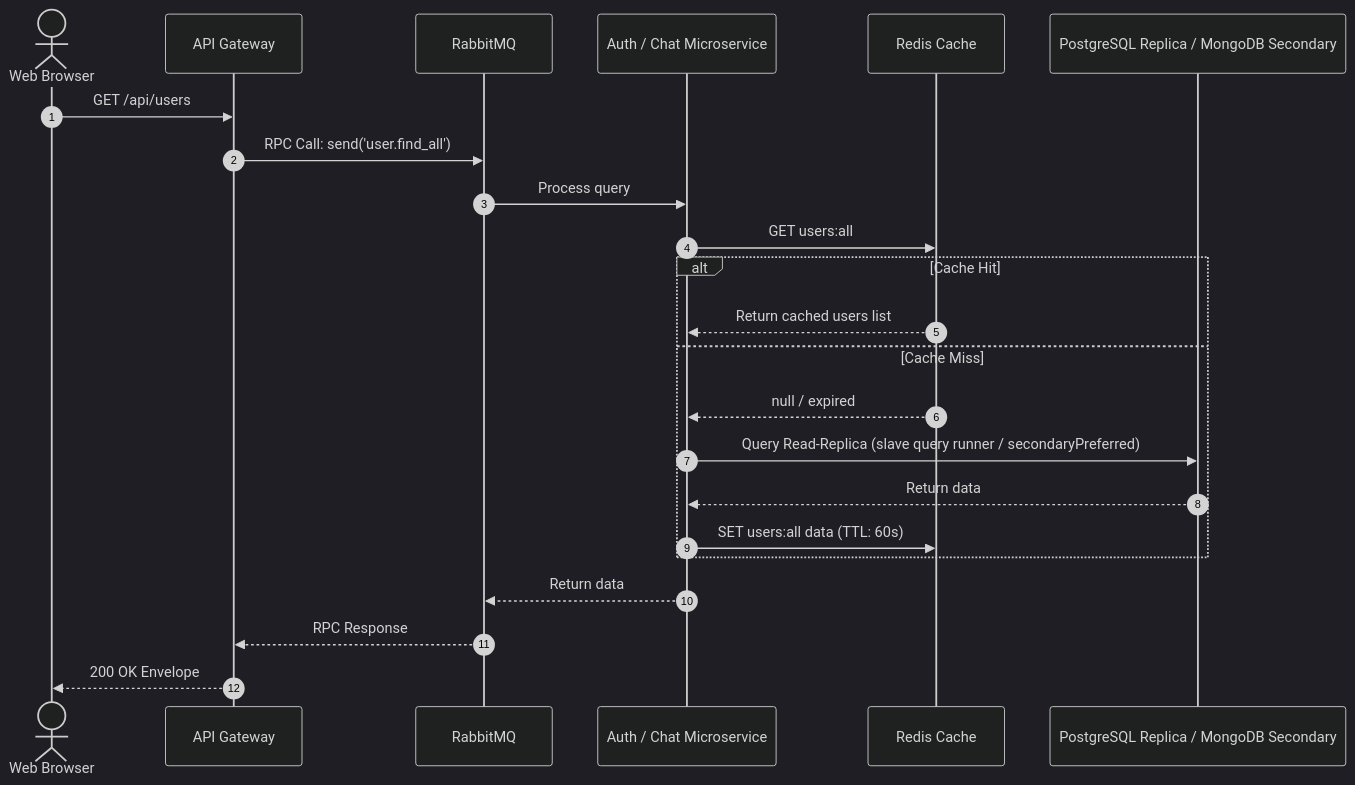
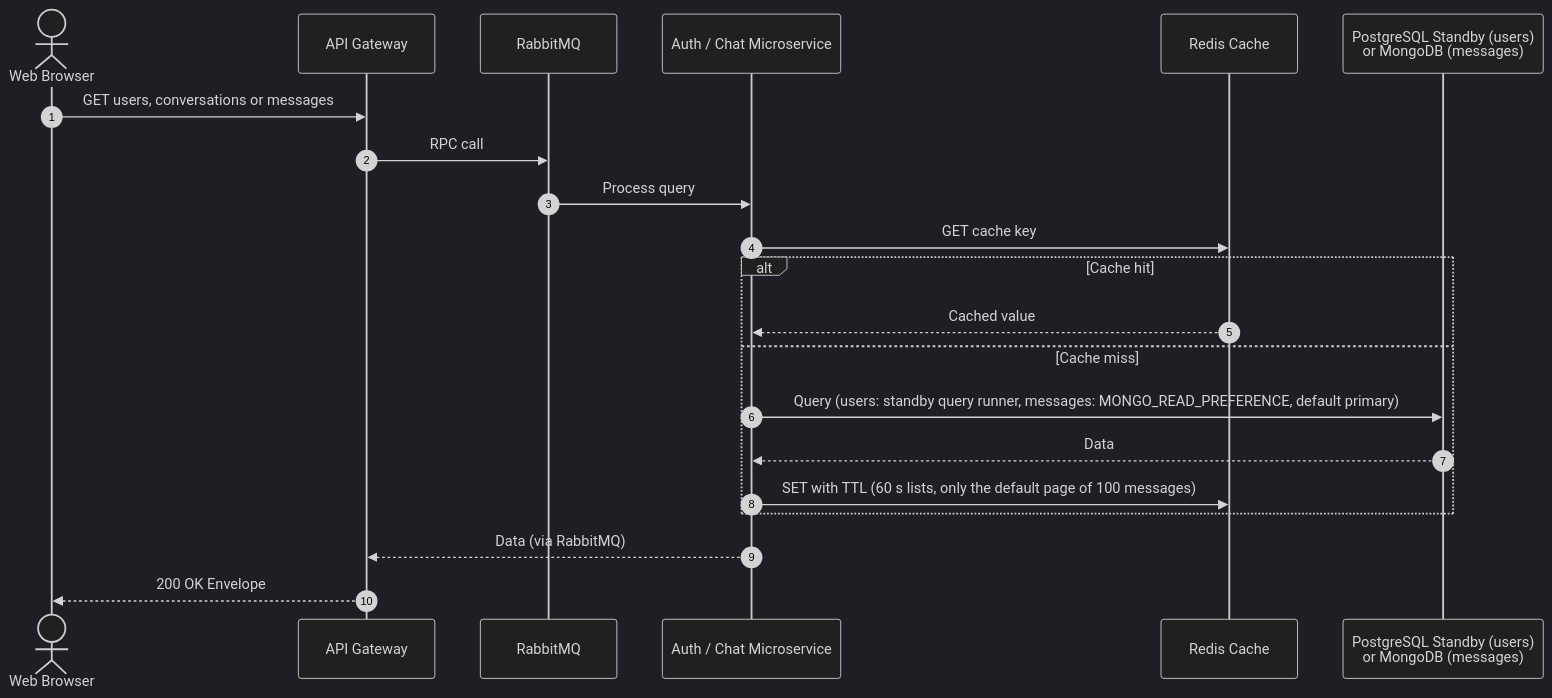
The ninth of 13 diagrams in distributed_system_report.md (vunhat0501/messenger-clone-microservice), drawn with Mermaid (dark theme) before and after one commit. The commit also changed other lines of this file and 31 other files, not shown here.

Commit message:
docs: redraw architecture and workflow diagrams, fix ERD types and failover notes

````diff
--- a/distributed_system_report.md
+++ b/distributed_system_report.md
@@ -223,28 +345,26 @@
 ```mermaid
 sequenceDiagram
     autonumber
     actor Client as Web Browser
     participant GW as API Gateway
     participant Rabbit as RabbitMQ
     participant Svc as Auth / Chat Microservice
     participant Redis as Redis Cache
-    participant ReplicaDB as PostgreSQL Replica / MongoDB Secondary
+    participant DB as PostgreSQL Standby (users)<br/>or MongoDB (messages)
 
-    Client->>GW: GET /api/users
-    GW->>Rabbit: RPC Call: send('user.find_all')
+    Client->>GW: GET users, conversations or messages
+    GW->>Rabbit: RPC call
     Rabbit->>Svc: Process query
-    Svc->>Redis: GET users:all
+    Svc->>Redis: GET cache key
 
-    alt Cache Hit
-        Redis-->>Svc: Return cached users list
-    else Cache Miss
-        Redis-->>Svc: null / expired
-        Svc->>ReplicaDB: Query Read-Replica (slave query runner / secondaryPreferred)
-        ReplicaDB-->>Svc: Return data
-        Svc->>Redis: SET users:all data (TTL: 60s)
+    alt Cache hit
+        Redis-->>Svc: Cached value
+    else Cache miss
+        Svc->>DB: Query (users: standby query runner, messages: MONGO_READ_PREFERENCE, default primary)
+        DB-->>Svc: Data
+        Svc->>Redis: SET with TTL (60 s lists, only the default page of 100 messages)
     end
 
-    Svc-->>Rabbit: Return data
-    Rabbit-->>GW: RPC Response
+    Svc-->>GW: Data (via RabbitMQ)
     GW-->>Client: 200 OK Envelope
 ```
````
